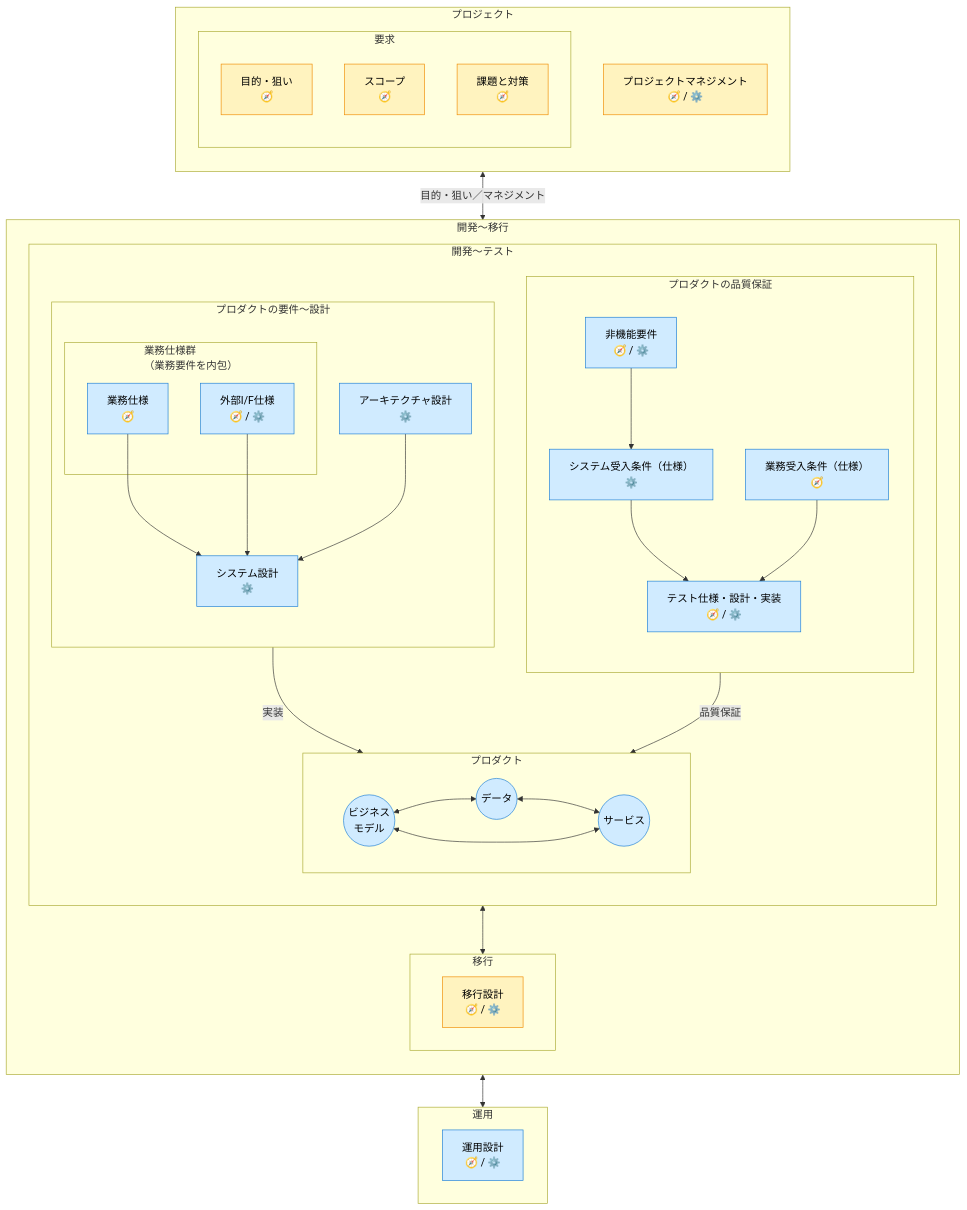
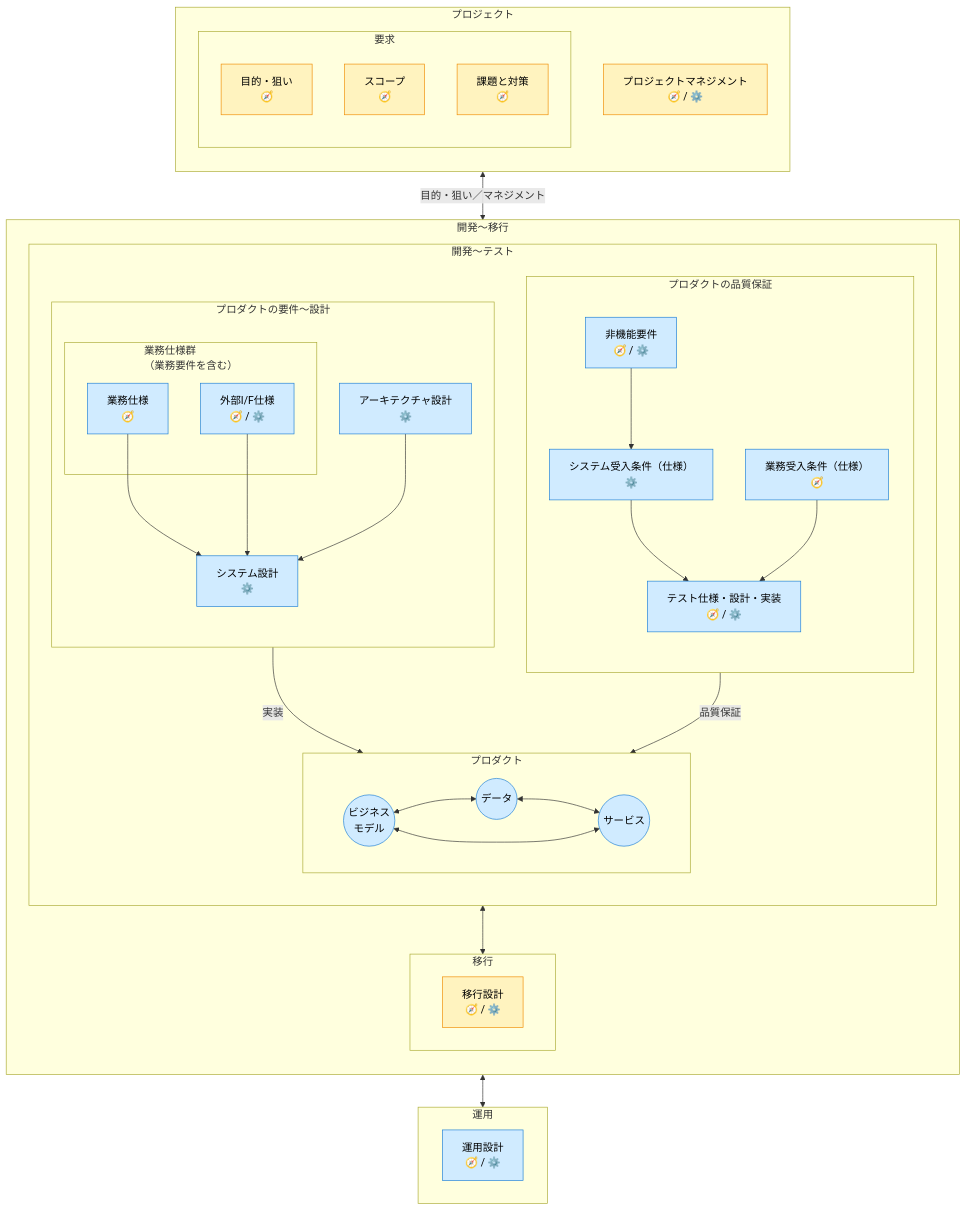
The second of 4 diagrams in docs/ja/specdojo/guides/docs-structure-guide.md (specdojo/specdojo), drawn with Mermaid before and after one commit. The commit also changed other lines of this file and 24 other files, not shown here.

````diff
--- a/docs/ja/specdojo/guides/docs-structure-guide.md
+++ b/docs/ja/specdojo/guides/docs-structure-guide.md
@@ -90,70 +90,70 @@
 ```mermaid
 flowchart TB
   subgraph Project[プロジェクト]
   direction TB
     subgraph Needs[要求]
       direction TB
       OBJ["目的・狙い<br>🧭"]
       SCP["スコープ<br>🧭"]
       CS["課題と対策<br>🧭"]
     end
     PM["プロジェクトマネジメント<br>🧭 / ⚙️"]
   end
 
   subgraph D2M[開発〜移行]
     direction TB
     subgraph D2T[開発〜テスト]
       direction TB
       subgraph Product[プロダクト]
       direction LR
         BM((ビジネス<br>モデル))
         Data((データ))
         Srv((サービス))
         BM<-->Data<-->Srv
         BM<-->Srv
       end
 
       subgraph Development[プロダクトの要件〜設計]
       direction TB
-        subgraph BusinessSpec[業務仕様群<br>（業務要件を内包）]
+        subgraph BusinessSpec[業務仕様群<br>（業務要件を含む）]
           BS["業務仕様<br>🧭"]
           EI["外部I/F仕様<br>🧭 / ⚙️"]
         end
         SD["システム設計<br>⚙️"]
         ACH["アーキテクチャ設計<br>⚙️"]
         BS-->SD
         EI-->SD
         ACH-->SD
       end
 
       subgraph Quality[プロダクトの品質保証]
       direction TB
           NFR["非機能要件<br>🧭 / ⚙️"]
           BAC["業務受入条件（仕様）<br>🧭"]
           SAC["システム受入条件（仕様）<br>⚙️"]
           TST["テスト仕様・設計・実装<br>🧭 / ⚙️"]
           NFR-->SAC-->TST
           BAC-->TST
       end
 
       Development-->|実装|Product
       Quality-->|品質保証|Product
     end
     subgraph Migration[移行]
       MYG["移行設計<br>🧭 / ⚙️"]
     end
     D2T<-->Migration
   end
 
   subgraph Operation[運用]
     OPS["運用設計<br>🧭 / ⚙️"]
   end
 
   Project <-->|目的・狙い／マネジメント| D2M <-->Operation
 
   classDef projectWise fill:#fff3bf,stroke:#f08c00,color:#000;
   classDef productSpec fill:#d0ebff,stroke:#1c7ed6,color:#000;
 
   class OBJ,SCP,CS,PM,MYG projectWise;
   class BS,EI,ACH,SD,NFR,BAC,SAC,TST,BM,Data,Srv,OPS productSpec;
 ```
````
